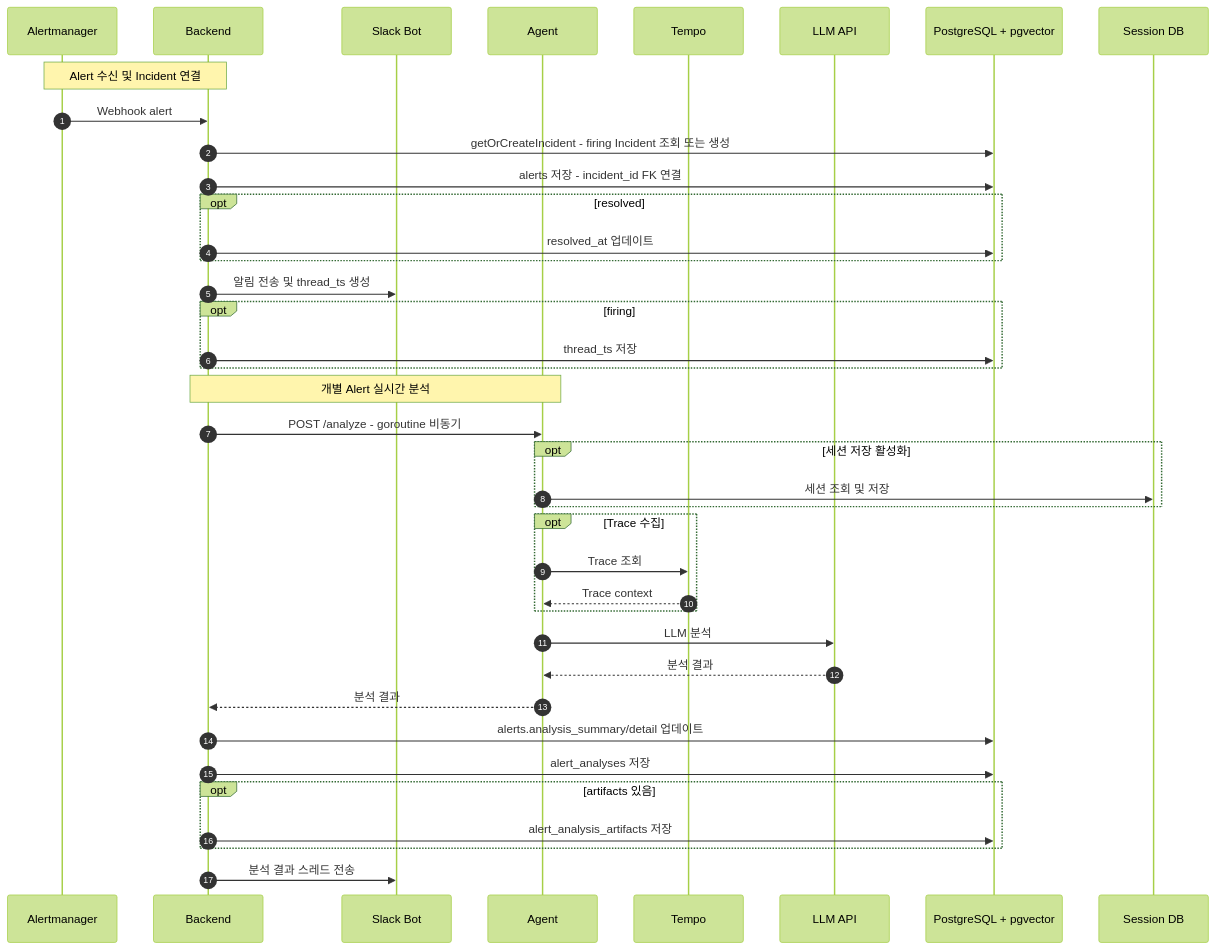
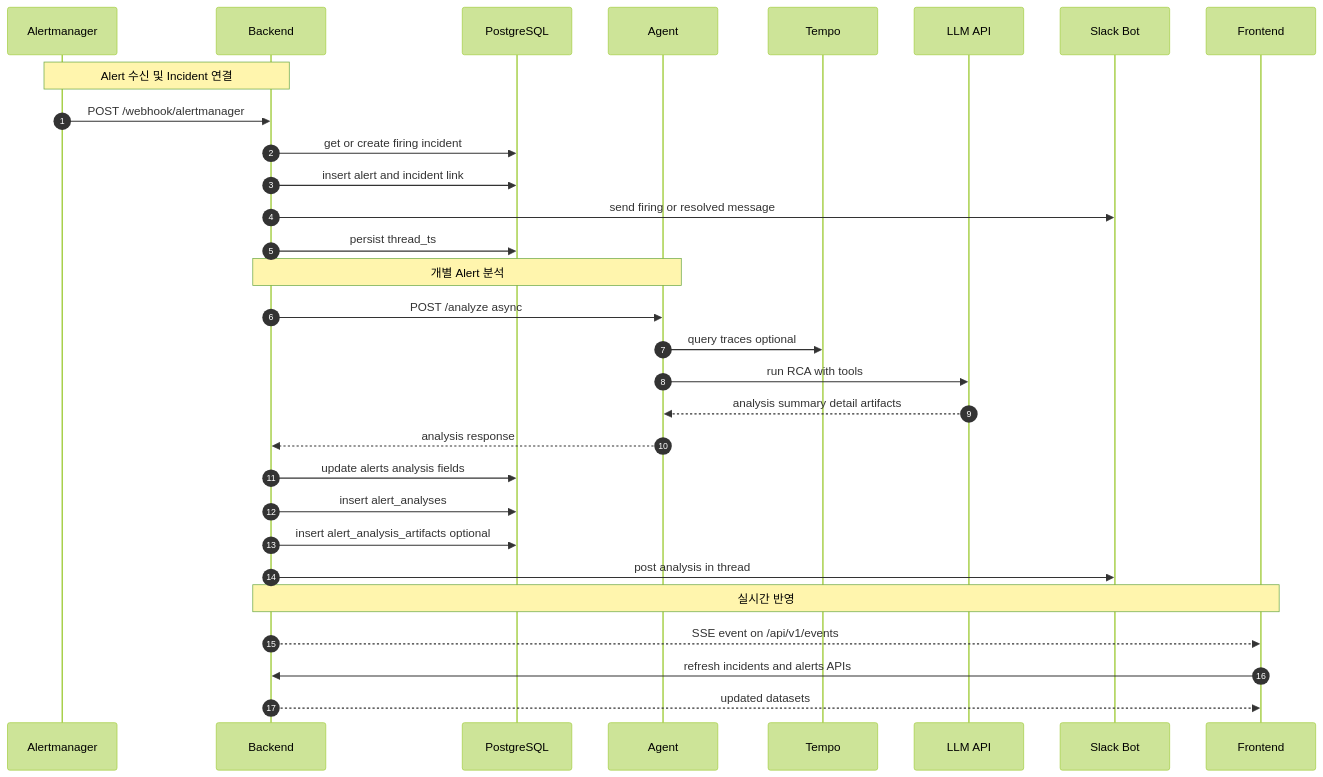
One commit to kube-rca/kuberca changed the diagram in docs/diagrams/alert_analysis_sequence_diagram.md. Above: the diagram before and after it, drawn with Mermaid (forest theme). The commit also changed 6 other files, not shown here.

Commit message:
docs: sync architecture and runtime docs with current implementation

````diff
--- a/docs/diagrams/alert_analysis_sequence_diagram.md
+++ b/docs/diagrams/alert_analysis_sequence_diagram.md
@@ -1,43 +1,36 @@
 ```mermaid
 sequenceDiagram
   autonumber
   participant AM as Alertmanager
   participant BE as Backend
-  participant SL as Slack Bot
+  participant DB as PostgreSQL
   participant AG as Agent
   participant TP as Tempo
   participant LLM as LLM API
-  participant DB as PostgreSQL + pgvector
-  participant SDB as Session DB
+  participant SL as Slack Bot
+  participant FE as Frontend
 
   Note over AM,BE: Alert 수신 및 Incident 연결
-  AM->>BE: Webhook alert
-  BE->>DB: getOrCreateIncident - firing Incident 조회 또는 생성
-  BE->>DB: alerts 저장 - incident_id FK 연결
-  opt resolved
-    BE->>DB: resolved_at 업데이트
-  end
-  BE->>SL: 알림 전송 및 thread_ts 생성
-  opt firing
-    BE->>DB: thread_ts 저장
-  end
+  AM->>BE: POST /webhook/alertmanager
+  BE->>DB: get or create firing incident
+  BE->>DB: insert alert and incident link
+  BE->>SL: send firing or resolved message
+  BE->>DB: persist thread_ts
 
-  Note over BE,AG: 개별 Alert 실시간 분석
-  BE->>AG: POST /analyze - goroutine 비동기
-  opt 세션 저장 활성화
-    AG->>SDB: 세션 조회 및 저장
-  end
-  opt Trace 수집
-    AG->>TP: Trace 조회
-    TP-->>AG: Trace context
-  end
-  AG->>LLM: LLM 분석
-  LLM-->>AG: 분석 결과
-  AG-->>BE: 분석 결과
-  BE->>DB: alerts.analysis_summary/detail 업데이트
-  BE->>DB: alert_analyses 저장
-  opt artifacts 있음
-    BE->>DB: alert_analysis_artifacts 저장
-  end
-  BE->>SL: 분석 결과 스레드 전송
+  Note over BE,AG: 개별 Alert 분석
+  BE->>AG: POST /analyze async
+  AG->>TP: query traces optional
+  AG->>LLM: run RCA with tools
+  LLM-->>AG: analysis summary detail artifacts
+  AG-->>BE: analysis response
+
+  BE->>DB: update alerts analysis fields
+  BE->>DB: insert alert_analyses
+  BE->>DB: insert alert_analysis_artifacts optional
+  BE->>SL: post analysis in thread
+
+  Note over BE,FE: 실시간 반영
+  BE-->>FE: SSE event on /api/v1/events
+  FE->>BE: refresh incidents and alerts APIs
+  BE-->>FE: updated datasets
 ```
````
